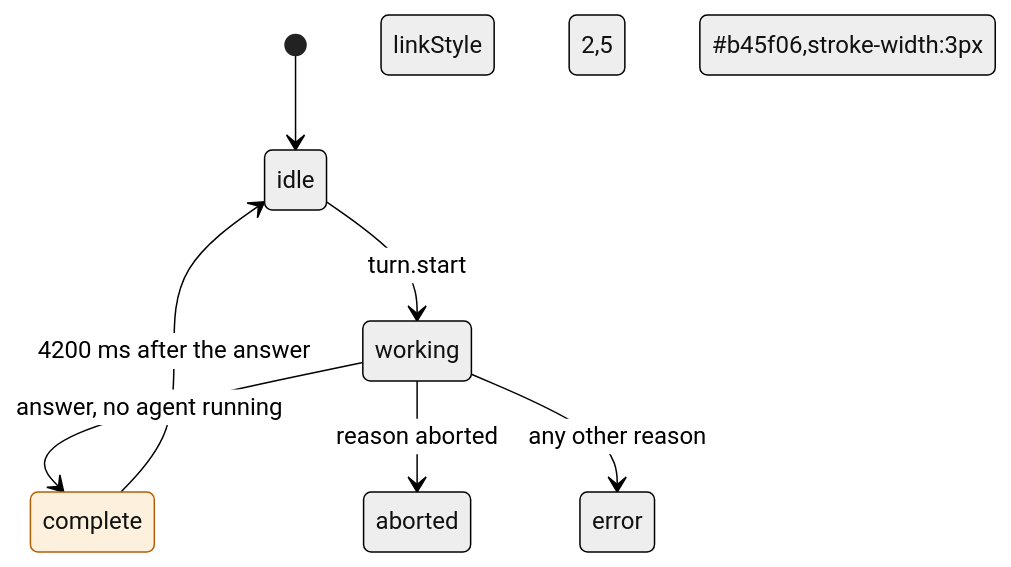
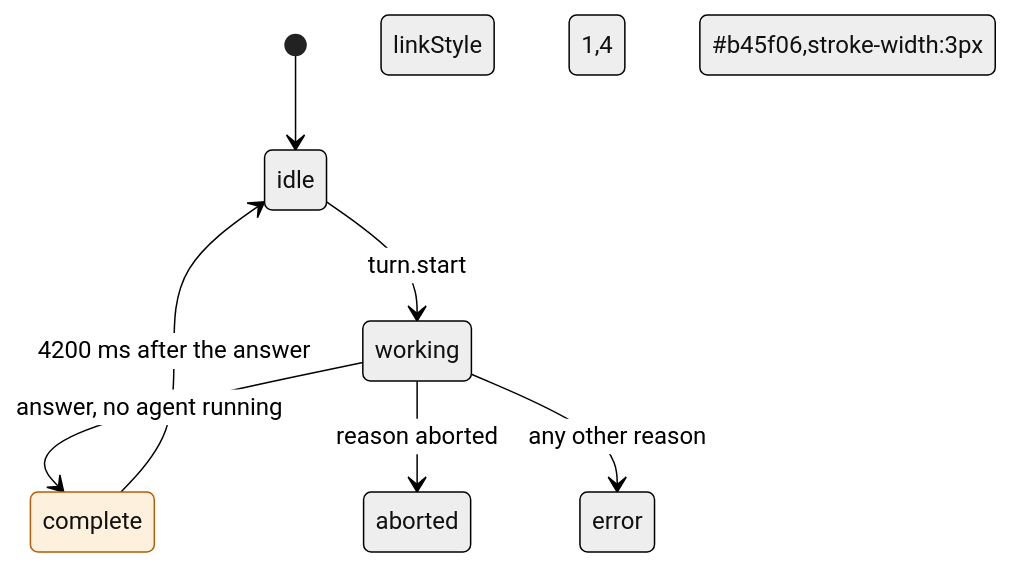
The first of 3 diagrams in mods/theme-cli/README.md (plaktoz/claude-mods), drawn with Mermaid (neutral theme) before and after one commit. The commit also changed other lines of this file and 3 other files, not shown here.

````diff
--- a/mods/theme-cli/README.md
+++ b/mods/theme-cli/README.md
@@ -104,12 +115,12 @@
 ```mermaid
 stateDiagram-v2
     [*] --> idle
     idle --> working: turn.start
     working --> complete: answer, no agent running
     working --> aborted: reason aborted
     working --> error: any other reason
     complete --> idle: 4200 ms after the answer
-    linkStyle 2,5 stroke:#b45f06,stroke-width:3px
+    linkStyle 1,4 stroke:#b45f06,stroke-width:3px
     classDef hot fill:#fdf0dc,stroke:#b45f06
     class complete hot
 ```
````
